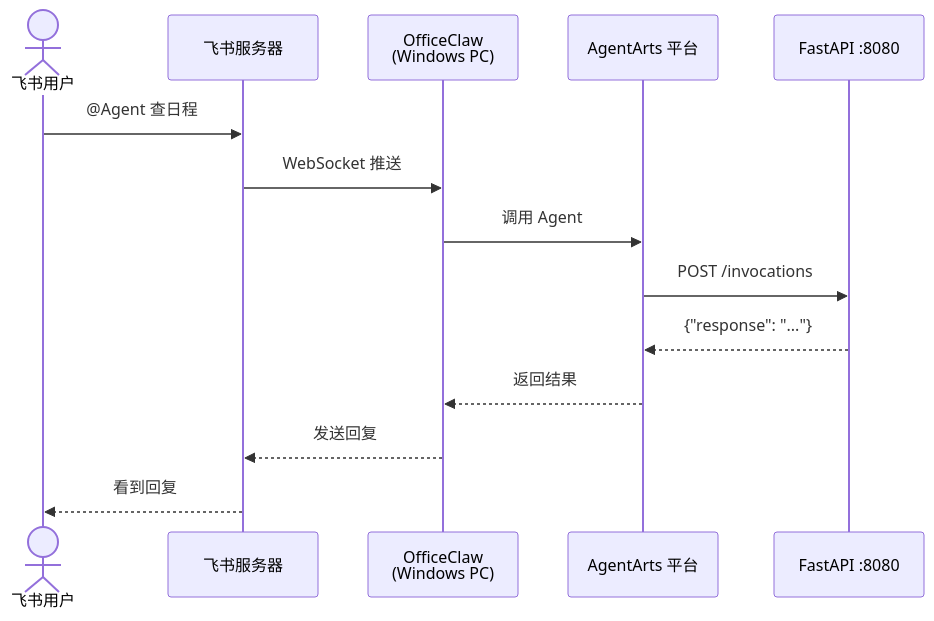
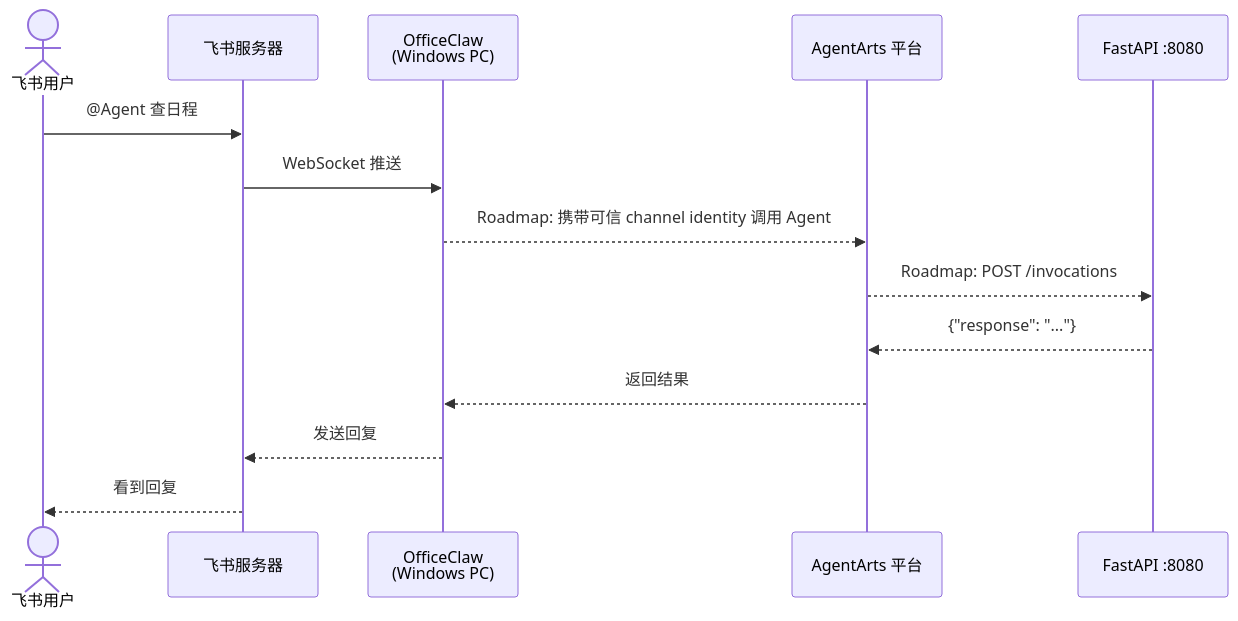
One commit to T-1009/personal-assistant changed the ninth of 14 diagrams in personal-assistant-meta/architecture/frontend_architecture.md. Above: the diagram before and after it, drawn with Mermaid. The commit also changed other lines of this file and 105 other files, not shown here.

````diff
--- a/personal-assistant-meta/architecture/frontend_architecture.md
+++ b/personal-assistant-meta/architecture/frontend_architecture.md
@@ -357,17 +396,17 @@
 ```mermaid
 sequenceDiagram
     actor User as 飞书用户
     participant FS as 飞书服务器
     participant OC as OfficeClaw<br/>(Windows PC)
     participant AgentArts as AgentArts 平台
     participant FastAPI as FastAPI :8080
 
     User->>FS: @Agent 查日程
     FS->>OC: WebSocket 推送
-    OC->>AgentArts: 调用 Agent
-    AgentArts->>FastAPI: POST /invocations
+    OC-->>AgentArts: Roadmap: 携带可信 channel identity 调用 Agent
+    AgentArts-->>FastAPI: Roadmap: POST /invocations
     FastAPI-->>AgentArts: {"response": "..."}
     AgentArts-->>OC: 返回结果
     OC-->>FS: 发送回复
     FS-->>User: 看到回复
 ```
````
